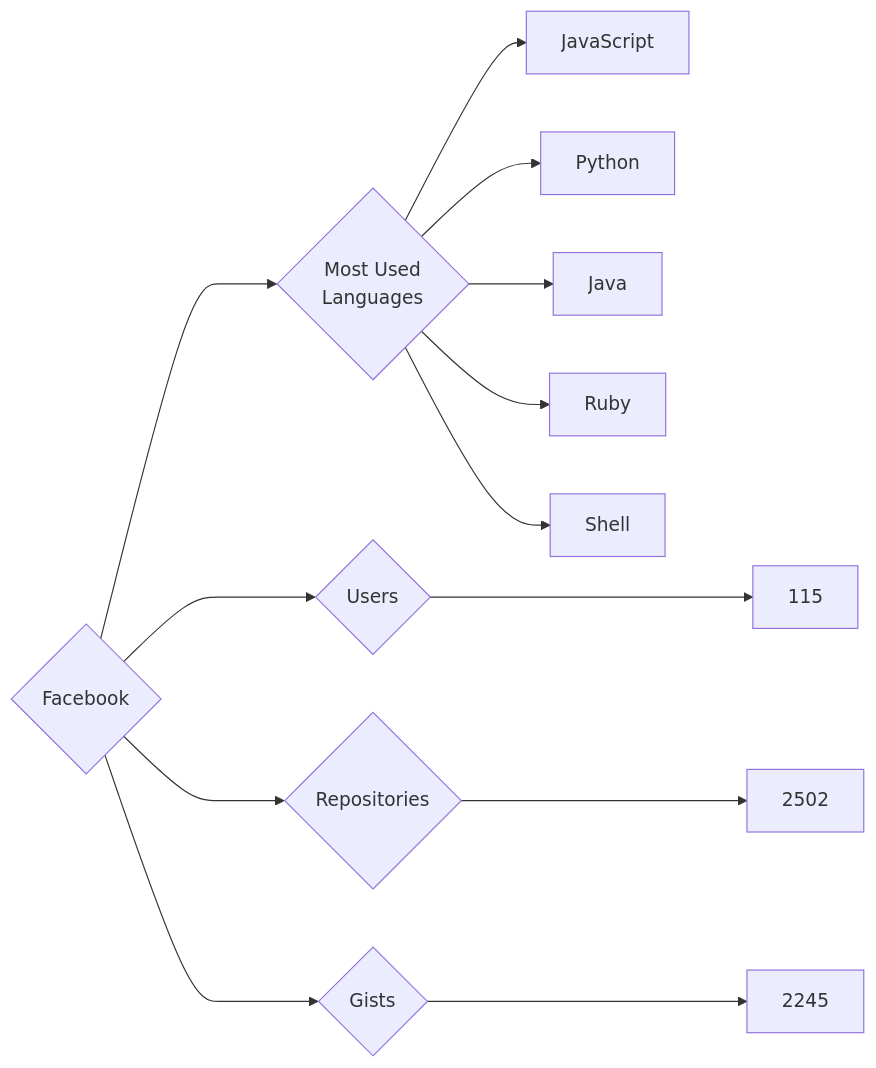
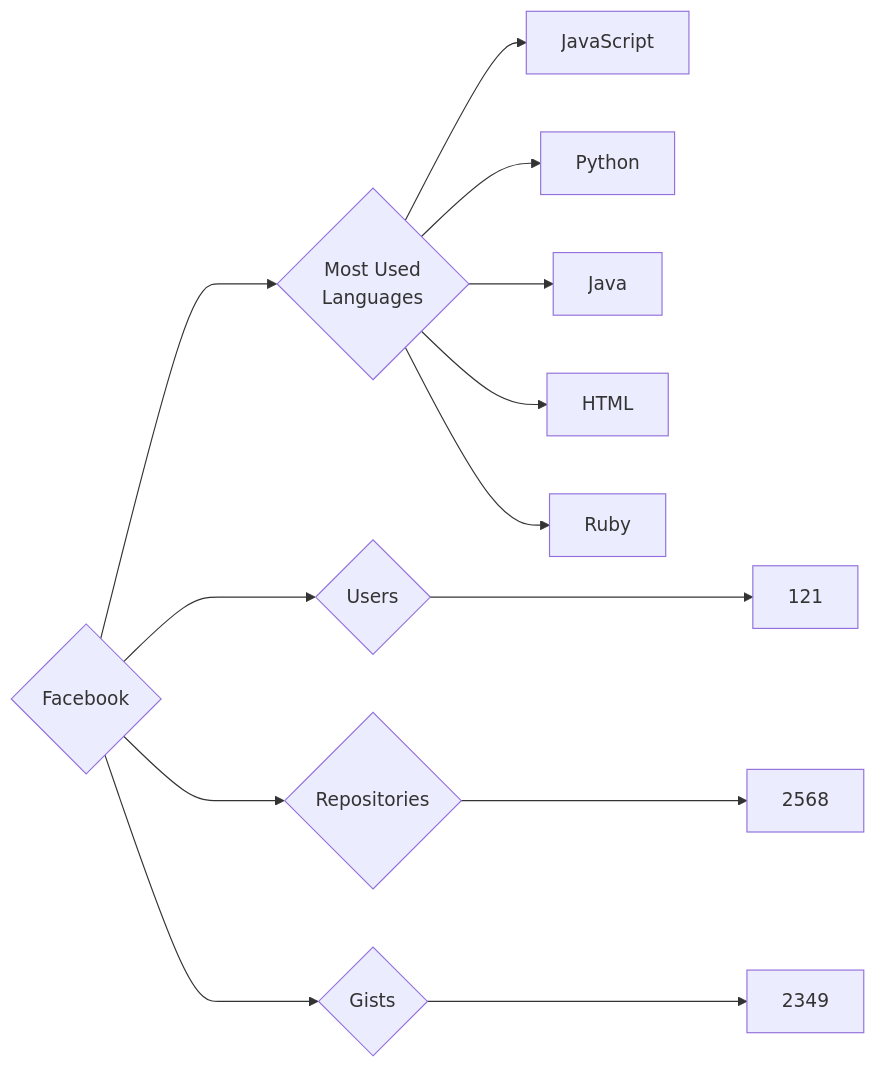
Before and after one commit to trickest/insiders: the diagram in targets/Facebook/README.md, drawn with Mermaid. The commit also changed 927 other files, not shown here.

````diff
--- a/targets/Facebook/README.md
+++ b/targets/Facebook/README.md
@@ -3,13 +3,13 @@
 ```mermaid
 graph LR
 COMPANY_NAME{Facebook}
-COMPANY_NAME ---> U{Users} ---> UN[115]
-COMPANY_NAME ---> R{Repositories} ---> RN[2502]
-COMPANY_NAME ---> G{Gists} ---> GN[2245]
+COMPANY_NAME ---> U{Users} ---> UN[121]
+COMPANY_NAME ---> R{Repositories} ---> RN[2568]
+COMPANY_NAME ---> G{Gists} ---> GN[2349]
 COMPANY_NAME ---> ML{Most Used<br>Languages}
 ML --> JavaScript[JavaScript]
 ML --> Python[Python]
 ML --> Java[Java]
+ML --> HTML[HTML]
 ML --> Ruby[Ruby]
-ML --> Shell[Shell]
 ```
````
